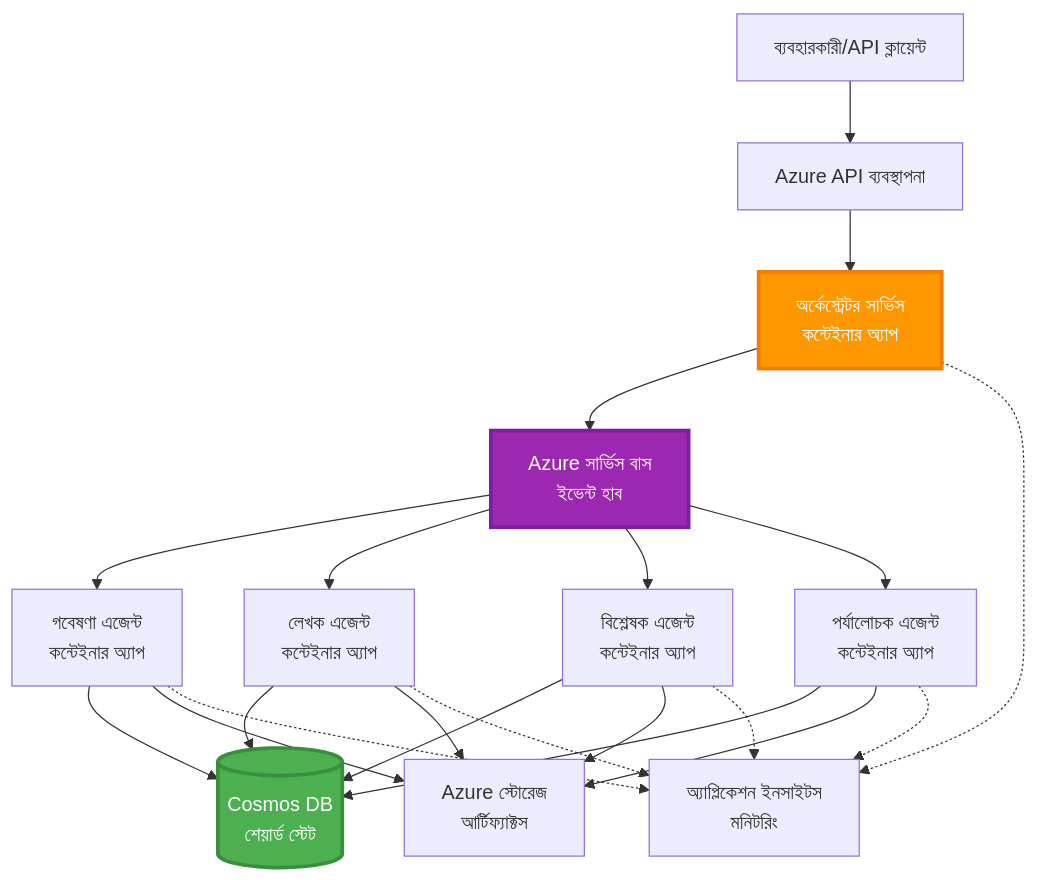
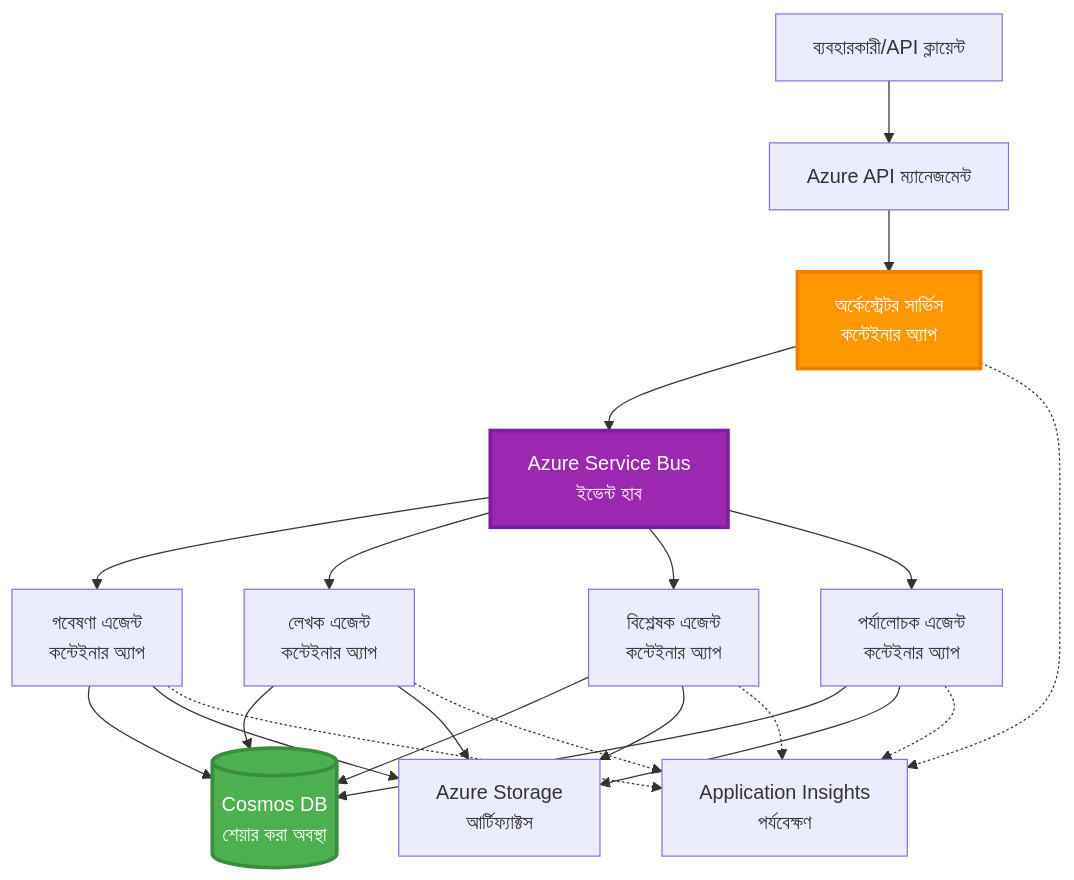
One commit to microsoft/AZD-for-beginners changed the sixth of 6 diagrams in translations/bn/docs/chapter-06-pre-deployment/coordination-patterns.md. Above: the diagram before and after it, drawn with Mermaid. The commit also changed other lines of this file and 101 other files, not shown here.

````diff
--- a/translations/bn/docs/chapter-06-pre-deployment/coordination-patterns.md
+++ b/translations/bn/docs/chapter-06-pre-deployment/coordination-patterns.md
@@ -271,45 +265,45 @@
 ```mermaid
 graph TB
-    User[ব্যবহারকারী/API ক্লায়েন্ট]
-    APIM[Azure API ব্যবস্থাপনা]
+    User[ব্যবহারকারী/API ক্লায়েন্ট]
+    APIM[Azure API ম্যানেজমেন্ট]
     Orchestrator[অর্কেস্ট্রেটর সার্ভিস<br/>কন্টেইনার অ্যাপ]
-    ServiceBus[Azure সার্ভিস বাস<br/>ইভেন্ট হাব]
+    ServiceBus[Azure Service Bus<br/>ইভেন্ট হাব]
     
     Agent1[গবেষণা এজেন্ট<br/>কন্টেইনার অ্যাপ]
     Agent2[লেখক এজেন্ট<br/>কন্টেইনার অ্যাপ]
     Agent3[বিশ্লেষক এজেন্ট<br/>কন্টেইনার অ্যাপ]
     Agent4[পর্যালোচক এজেন্ট<br/>কন্টেইনার অ্যাপ]
     
-    CosmosDB[(Cosmos DB<br/>শেয়ার্ড স্টেট)]
-    Storage[Azure স্টোরেজ<br/>আর্টিফ্যাক্টস]
-    AppInsights[অ্যাপ্লিকেশন ইনসাইটস<br/>মনিটরিং]
+    CosmosDB[(Cosmos DB<br/>শেয়ার করা অবস্থা)]
+    Storage[Azure Storage<br/>আর্টিফ্যাক্টস]
+    AppInsights[Application Insights<br/>পর্যবেক্ষণ]
     
     User --> APIM
     APIM --> Orchestrator
     
     Orchestrator --> ServiceBus
     ServiceBus --> Agent1
     ServiceBus --> Agent2
     ServiceBus --> Agent3
     ServiceBus --> Agent4
     
     Agent1 --> CosmosDB
     Agent2 --> CosmosDB
     Agent3 --> CosmosDB
     Agent4 --> CosmosDB
     
     Agent1 --> Storage
     Agent2 --> Storage
     Agent3 --> Storage
     Agent4 --> Storage
     
     Orchestrator -.-> AppInsights
     Agent1 -.-> AppInsights
     Agent2 -.-> AppInsights
     Agent3 -.-> AppInsights
     Agent4 -.-> AppInsights
     
     style Orchestrator fill:#FF9800,stroke:#F57C00,stroke-width:3px,color:#fff
     style ServiceBus fill:#9C27B0,stroke:#7B1FA2,stroke-width:3px,color:#fff
     style CosmosDB fill:#4CAF50,stroke:#388E3C,stroke-width:3px,color:#fff
 ```
````
